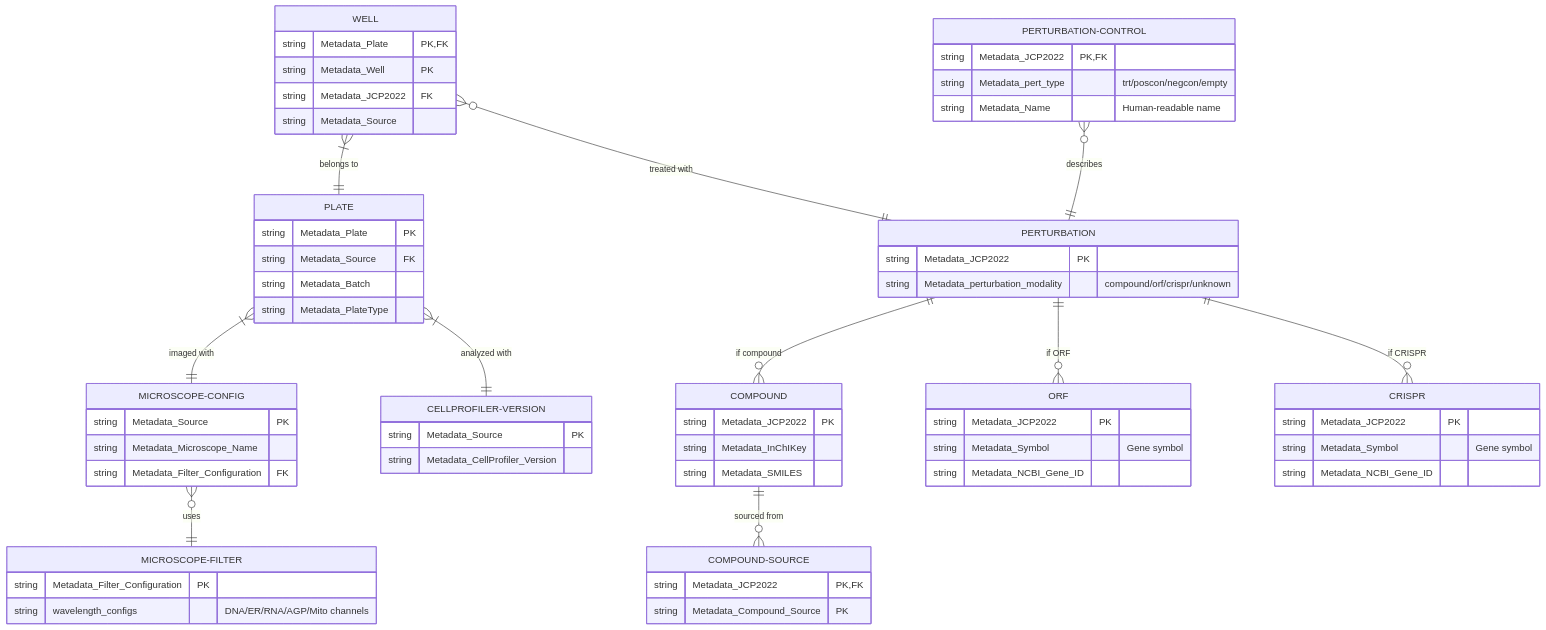
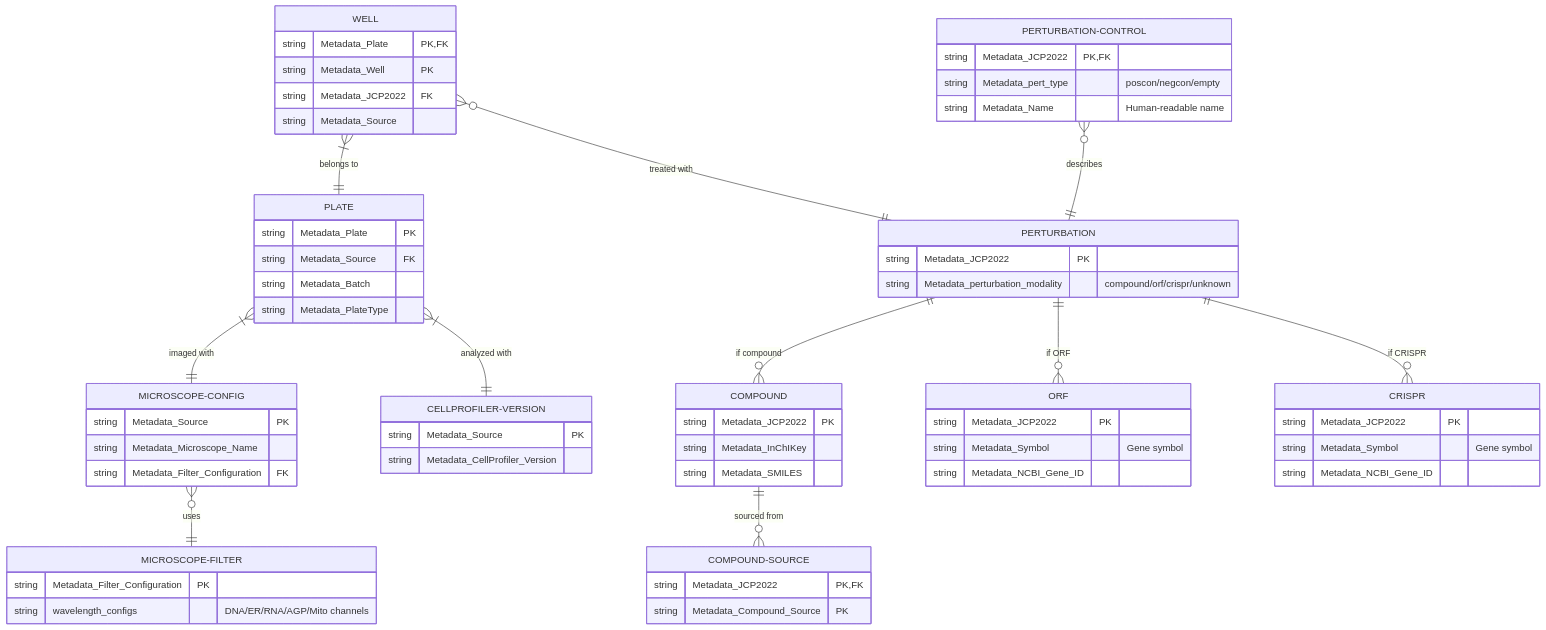
The diagram in metadata/README.md (jump-cellpainting/datasets), drawn with Mermaid before and after one commit.

Commit message:
fix: drop level

````diff
--- a/metadata/README.md
+++ b/metadata/README.md
@@ -7,76 +7,76 @@
 ```mermaid
 erDiagram
     WELL }|--|| PLATE : "belongs to"
     WELL }o--|| PERTURBATION : "treated with"
     WELL {
         string Metadata_Plate PK,FK
         string Metadata_Well PK
         string Metadata_JCP2022 FK
         string Metadata_Source
     }
     
     PLATE }|--|| MICROSCOPE-CONFIG : "imaged with"
     PLATE }|--|| CELLPROFILER-VERSION : "analyzed with"
     PLATE {
         string Metadata_Plate PK
         string Metadata_Source FK
         string Metadata_Batch
         string Metadata_PlateType
     }
     
     PERTURBATION ||--o{ COMPOUND : "if compound"
     PERTURBATION ||--o{ ORF : "if ORF"
     PERTURBATION ||--o{ CRISPR : "if CRISPR"
     PERTURBATION {
         string Metadata_JCP2022 PK
         string Metadata_perturbation_modality "compound/orf/crispr/unknown"
     }
     
     PERTURBATION-CONTROL }o--|| PERTURBATION : "describes"
     PERTURBATION-CONTROL {
         string Metadata_JCP2022 PK,FK
-        string Metadata_pert_type "trt/poscon/negcon/empty"
+        string Metadata_pert_type "poscon/negcon/empty"
         string Metadata_Name "Human-readable name"
     }
     
     COMPOUND ||--o{ COMPOUND-SOURCE : "sourced from"
     COMPOUND {
         string Metadata_JCP2022 PK
         string Metadata_InChIKey
         string Metadata_SMILES
     }
     
     COMPOUND-SOURCE {
         string Metadata_JCP2022 PK,FK
         string Metadata_Compound_Source PK
     }
     
     ORF {
         string Metadata_JCP2022 PK
         string Metadata_Symbol "Gene symbol"
         string Metadata_NCBI_Gene_ID
     }
     
     CRISPR {
         string Metadata_JCP2022 PK
         string Metadata_Symbol "Gene symbol"
         string Metadata_NCBI_Gene_ID
     }
     
     MICROSCOPE-CONFIG }o--|| MICROSCOPE-FILTER : "uses"
     MICROSCOPE-CONFIG {
         string Metadata_Source PK
         string Metadata_Microscope_Name
         string Metadata_Filter_Configuration FK
     }
     
     MICROSCOPE-FILTER {
         string Metadata_Filter_Configuration PK
         string wavelength_configs "DNA/ER/RNA/AGP/Mito channels"
     }
     
     CELLPROFILER-VERSION {
         string Metadata_Source PK
         string Metadata_CellProfiler_Version
     }
 ```
````
